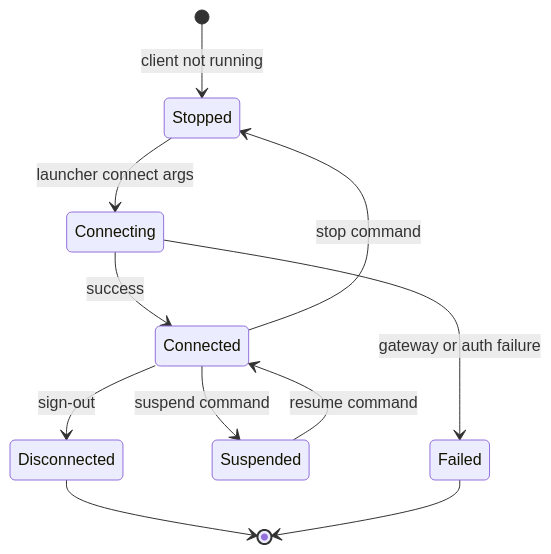
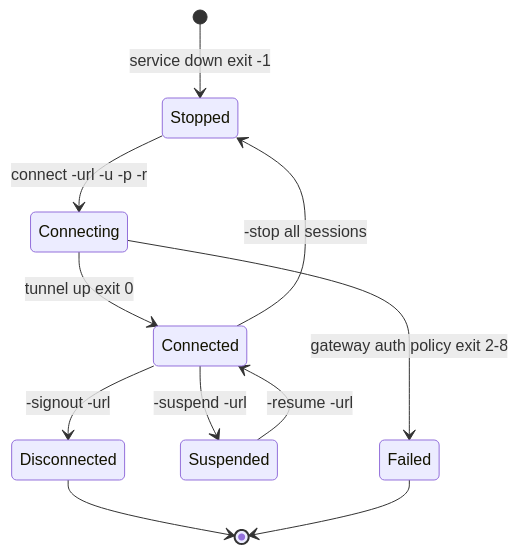
The third of 4 diagrams in docs/vpn-solutions/pulse-ivanti.md (roto31/Tunnel-Monitor---Universal), drawn with Mermaid before and after one commit. The commit also changed other lines of this file and 25 other files, not shown here.

First line of the commit message:
Docs: add vendor citations, topology SVGs, and updated Mermaid.

````diff
--- a/docs/vpn-solutions/pulse-ivanti.md
+++ b/docs/vpn-solutions/pulse-ivanti.md
@@ -66,13 +76,13 @@
 ```mermaid
 stateDiagram-v2
-    [*] --> Stopped: client not running
-    Stopped --> Connecting: launcher connect args
-    Connecting --> Connected: success
-    Connecting --> Failed: gateway or auth failure
-    Connected --> Suspended: suspend command
-    Suspended --> Connected: resume command
-    Connected --> Disconnected: sign-out
-    Connected --> Stopped: stop command
+    [*] --> Stopped: service down exit -1
+    Stopped --> Connecting: connect -url -u -p -r
+    Connecting --> Connected: tunnel up exit 0
+    Connecting --> Failed: gateway auth policy exit 2-8
+    Connected --> Suspended: -suspend -url
+    Suspended --> Connected: -resume -url
+    Connected --> Disconnected: -signout -url
+    Connected --> Stopped: -stop all sessions
     Disconnected --> [*]
     Failed --> [*]
 ```
````
